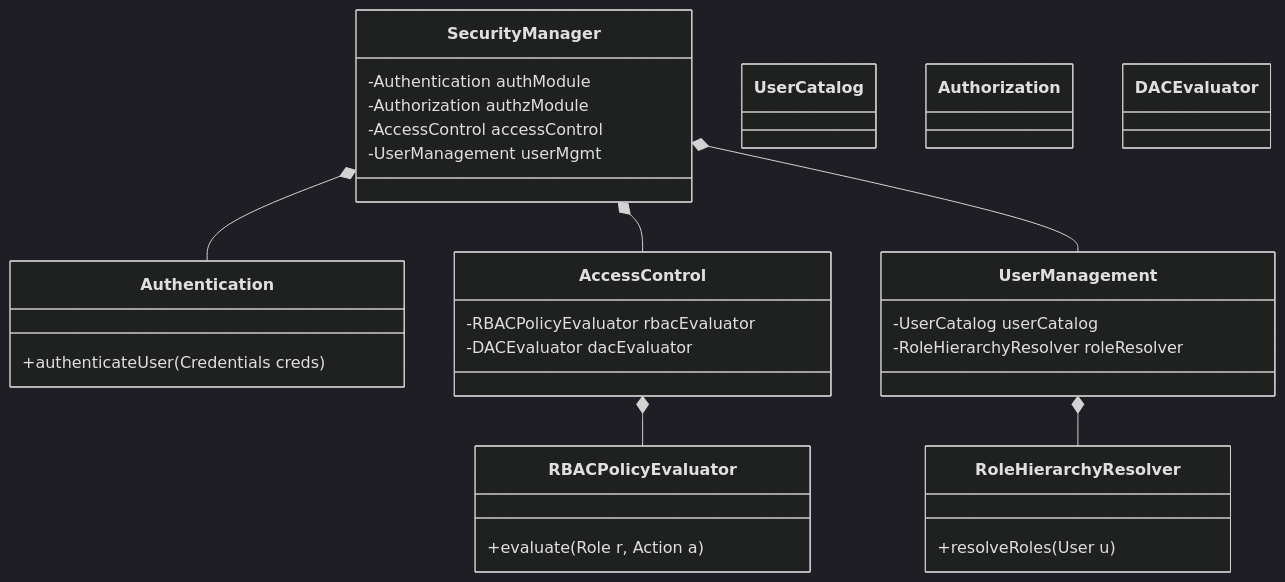
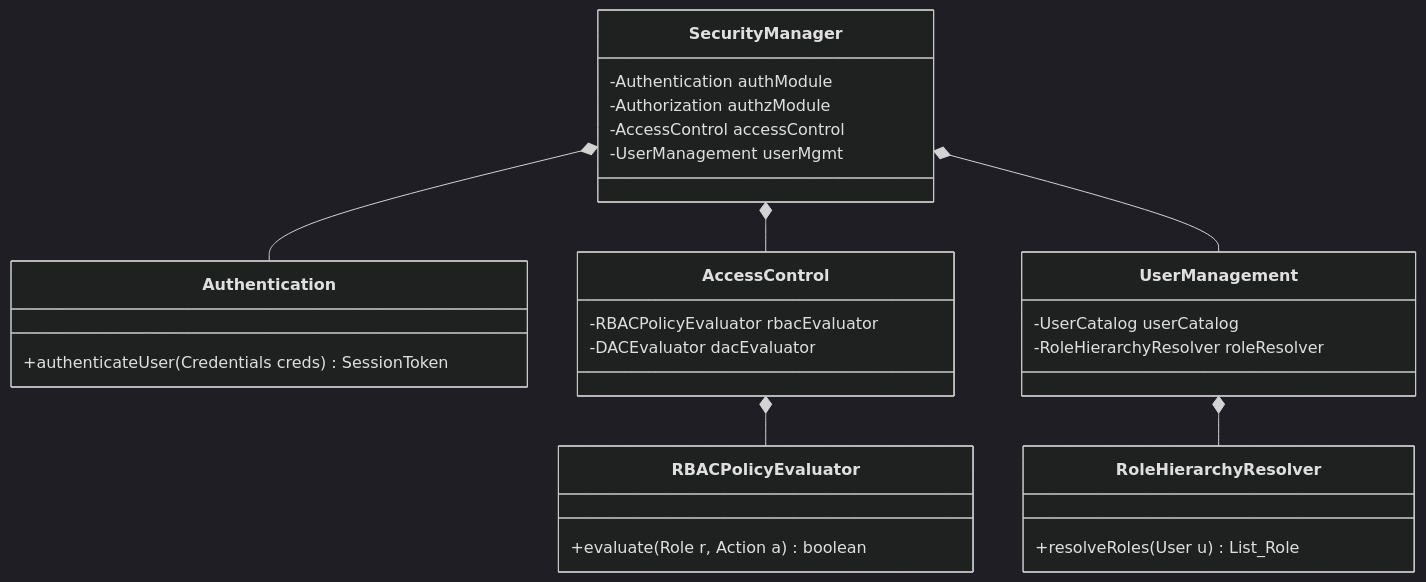
One commit to TamBui1706/DBMS changed the eighth of 9 diagrams in README.md. Above: the diagram before and after it, drawn with Mermaid (dark theme). The commit also changed other lines of this file and 2 other files, not shown here.

Commit message:
Up Class Diagram

````diff
--- a/README.md
+++ b/README.md
@@ -745,34 +741,31 @@
 ```mermaid
 classDiagram
-    class SecurityManager {
+class SecurityManager {
         -Authentication authModule
         -Authorization authzModule
         -AccessControl accessControl
         -UserManagement userMgmt
     }
     class Authentication {
-        +authenticateUser(Credentials creds)
+        +authenticateUser(Credentials creds) SessionToken
     }
     class AccessControl {
         -RBACPolicyEvaluator rbacEvaluator
         -DACEvaluator dacEvaluator
     }
     class RBACPolicyEvaluator {
-        +evaluate(Role r, Action a)
+        +evaluate(Role r, Action a) boolean
     }
     class UserManagement {
         -UserCatalog userCatalog
         -RoleHierarchyResolver roleResolver
     }
     class RoleHierarchyResolver {
-        +resolveRoles(User u)
+        +resolveRoles(User u) List_Role
     }
     SecurityManager *-- Authentication
     SecurityManager *-- AccessControl
     SecurityManager *-- UserManagement
     AccessControl *-- RBACPolicyEvaluator
     UserManagement *-- RoleHierarchyResolver
-    class UserCatalog
-    class Authorization
-    class DACEvaluator
 ```
````
